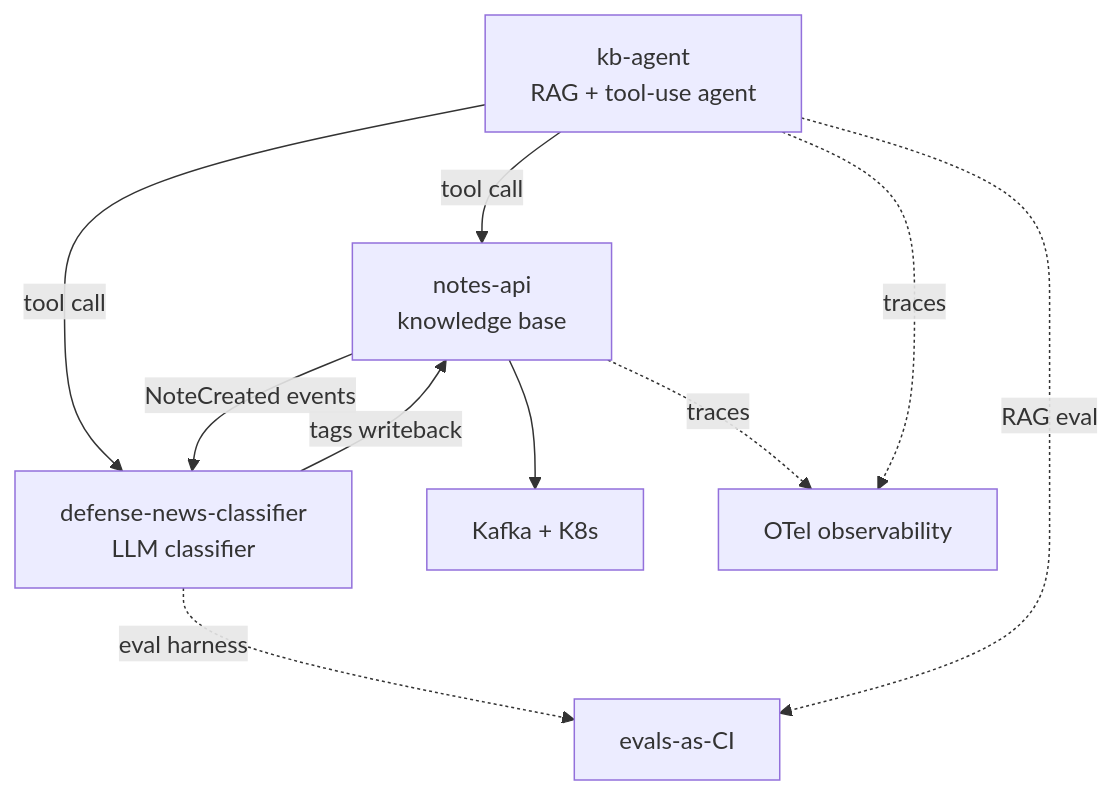
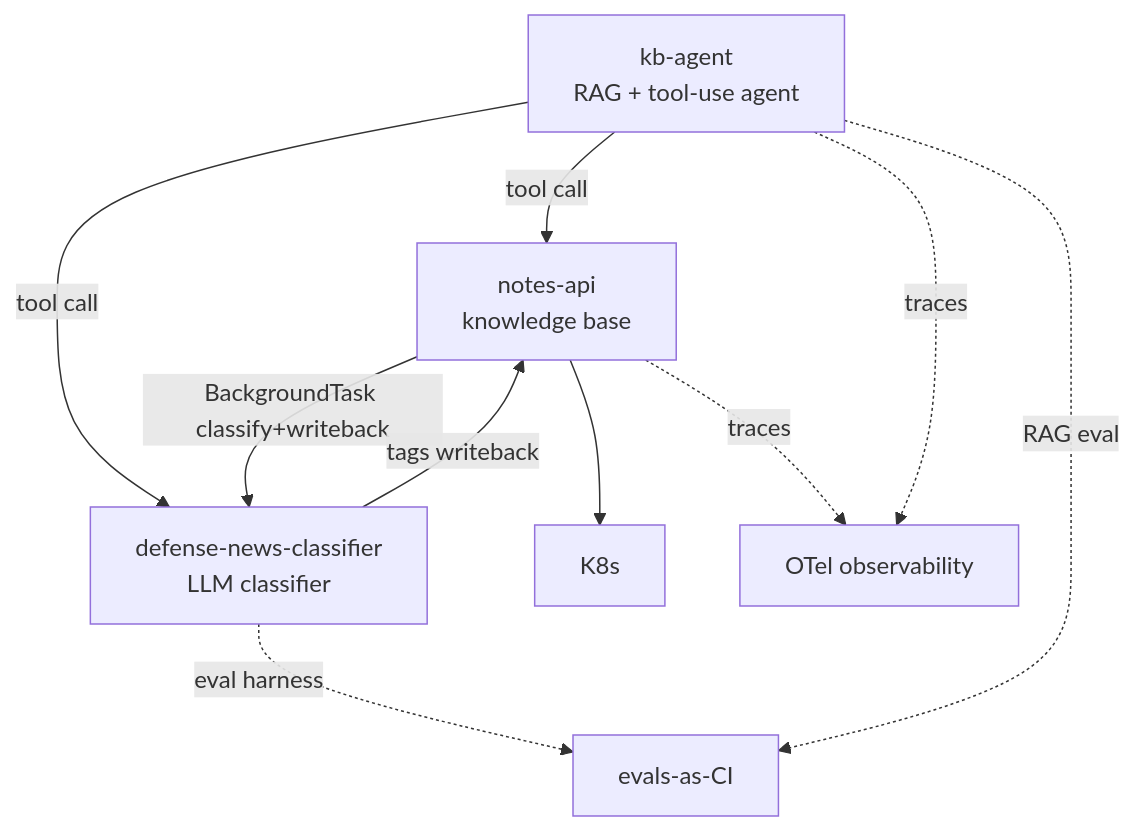
One commit to sanlee-ys/architecture changed the diagram in program/README.md. Above: the diagram before and after it, drawn with Mermaid. The commit also changed other lines of this file and 5 other files, not shown here.

Commit message:
docs: update architecture docs to reflect notes-api Python port (drop Kafka)

````diff
--- a/program/README.md
+++ b/program/README.md
@@ -23,19 +23,19 @@
 ```mermaid
 graph TD
   kb["kb-agent<br/>RAG + tool-use agent"]
   notes["notes-api<br/>knowledge base"]
   clf["defense-news-classifier<br/>LLM classifier"]
-  infra["Kafka + K8s"]
+  infra["K8s"]
   evals["evals-as-CI"]
   otel["OTel observability"]
 
   kb -->|tool call| notes
   kb -->|tool call| clf
-  notes -->|NoteCreated events| clf
+  notes -->|BackgroundTask classify+writeback| clf
   clf -->|tags writeback| notes
   notes --> infra
   clf -.->|eval harness| evals
   kb -.->|RAG eval| evals
   notes -.->|traces| otel
   kb -.->|traces| otel
 ```
````
